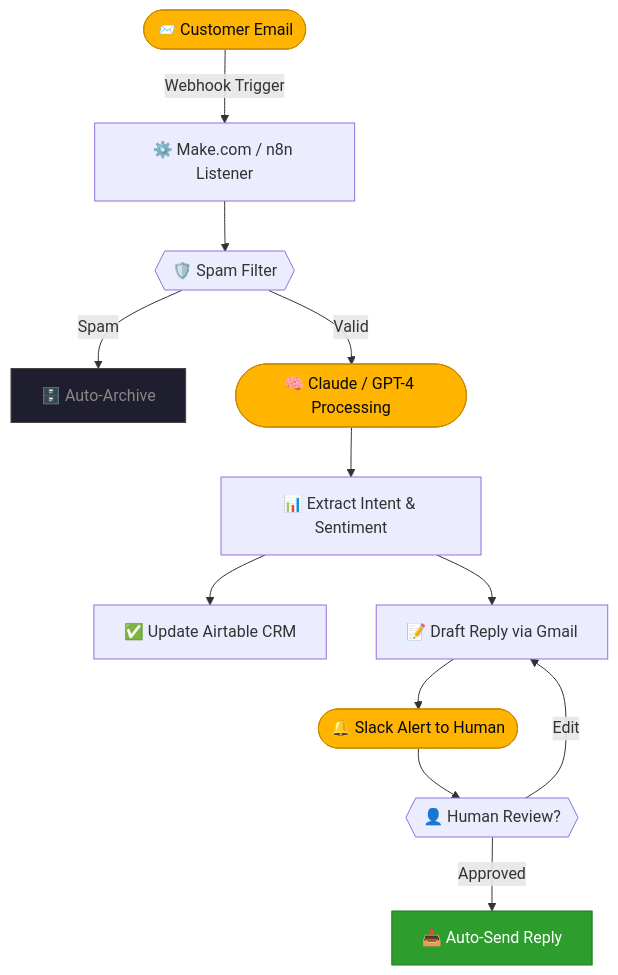
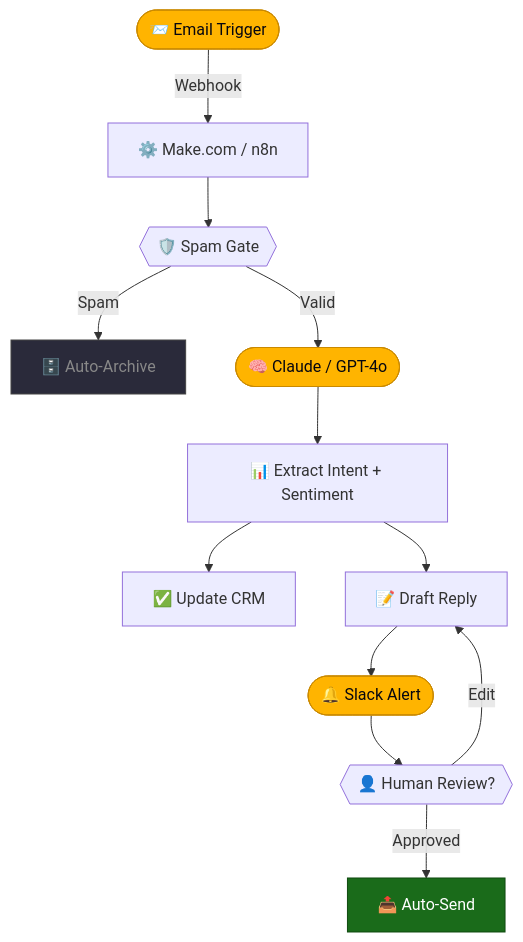
One commit to agniautomationz-lab/agniautomationz-lab changed the diagram in README.md. Above: the diagram before and after it, drawn with Mermaid. The commit also changed other lines of this file, not shown here.

````diff
--- a/README.md
+++ b/README.md
@@ -203,20 +152,20 @@
 ```mermaid
 graph TD
-    A(["📨 Customer Email"]) -->|Webhook Trigger| B["⚙️ Make.com / n8n Listener"]
-    B --> C{{"🛡️ Spam Filter"}}
+    A(["📨 Email Trigger"]) -->|Webhook| B["⚙️ Make.com / n8n"]
+    B --> C{{"🛡️ Spam Gate"}}
     C -->|Spam| D["🗄️ Auto-Archive"]
-    C -->|Valid| E(["🧠 Claude / GPT-4 Processing"])
-    E --> F["📊 Extract Intent & Sentiment"]
-    F --> G["✅ Update Airtable CRM"]
-    F --> H["📝 Draft Reply via Gmail"]
-    H --> I(["🔔 Slack Alert to Human"])
+    C -->|Valid| E(["🧠 Claude / GPT-4o"])
+    E --> F["📊 Extract Intent + Sentiment"]
+    F --> G["✅ Update CRM"]
+    F --> H["📝 Draft Reply"]
+    H --> I(["🔔 Slack Alert"])
     I --> J{{"👤 Human Review?"}}
-    J -->|Approved| K["📤 Auto-Send Reply"]
+    J -->|Approved| K["📤 Auto-Send"]
     J -->|Edit| H
 
-    style A fill:#ffb400,stroke:#c98900,color:#080810
-    style E fill:#ffb400,stroke:#c98900,color:#080810
-    style I fill:#ffb400,stroke:#c98900,color:#080810
-    style K fill:#2d9e2d,stroke:#1a7a1a,color:#ffffff
-    style D fill:#1e1e2e,stroke:#444,color:#888
+    style A fill:#ffb400,stroke:#c98900,color:#07070f
+    style E fill:#ffb400,stroke:#c98900,color:#07070f
+    style I fill:#ffb400,stroke:#c98900,color:#07070f
+    style K fill:#1a6b1a,stroke:#0f4a0f,color:#fff
+    style D fill:#2a2a3a,stroke:#444,color:#888
 ```
````
